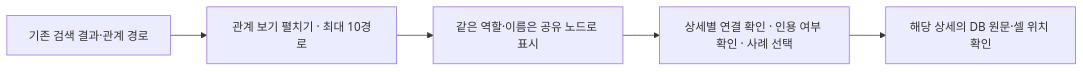
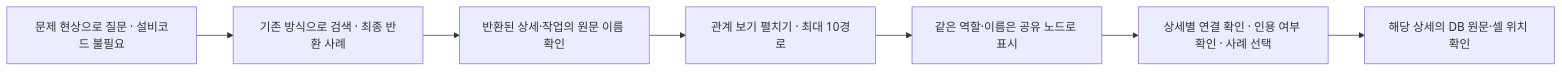
One commit to pmh10401/cs-excel-rag changed the first of 7 diagrams in README.md. Above: the diagram before and after it, drawn with Mermaid. The commit also changed other lines of this file and 9 other files, not shown here.

````diff
--- a/README.md
+++ b/README.md
@@ -21,7 +25,9 @@
 ```mermaid
 flowchart LR
-    R[기존 검색 결과·관계 경로] --> V[관계 보기 펼치기 · 최대 10경로]
+    Q[문제 현상으로 질문 · 설비코드 불필요] --> R[기존 방식으로 검색 · 최종 반환 사례]
+    R --> C[반환된 상세·작업의 원문 이름 확인]
+    C --> V[관계 보기 펼치기 · 최대 10경로]
     V --> N[같은 역할·이름은 공유 노드로 표시]
     N --> D[상세별 연결 확인 · 인용 여부 확인 · 사례 선택]
     D --> O[해당 상세의 DB 원문·셀 위치 확인]
 ```
````
